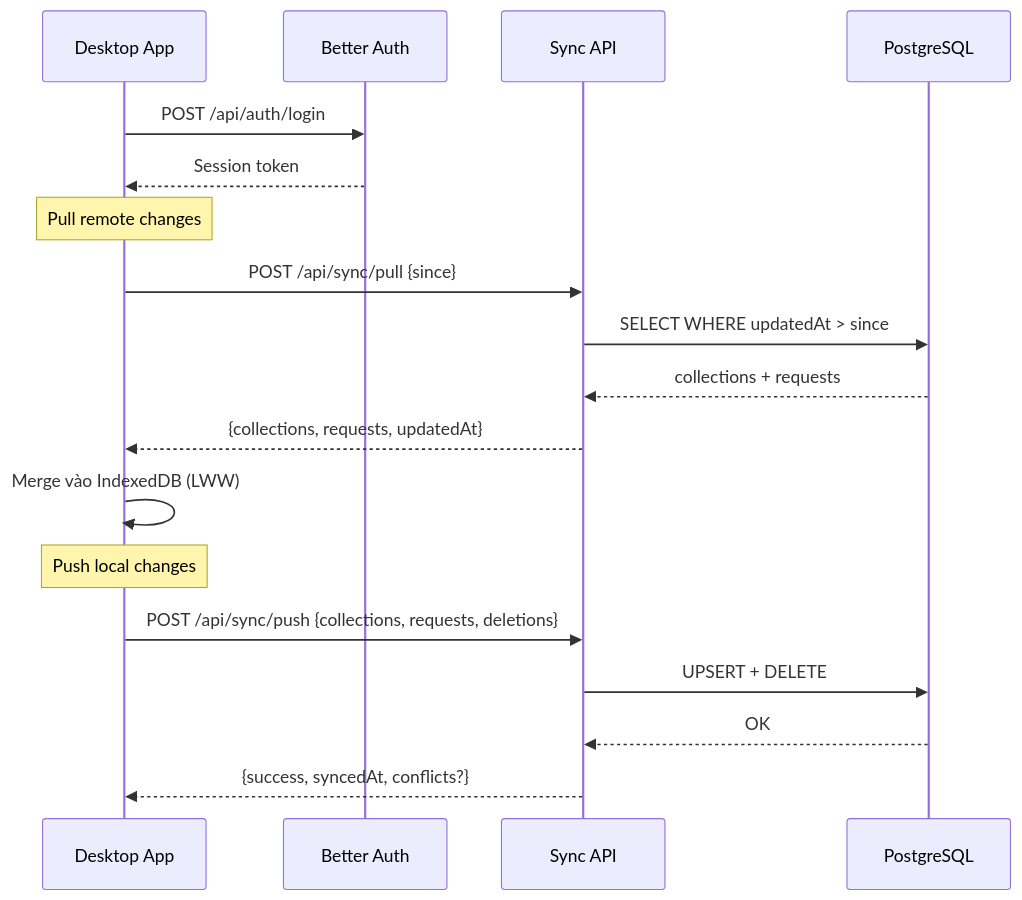
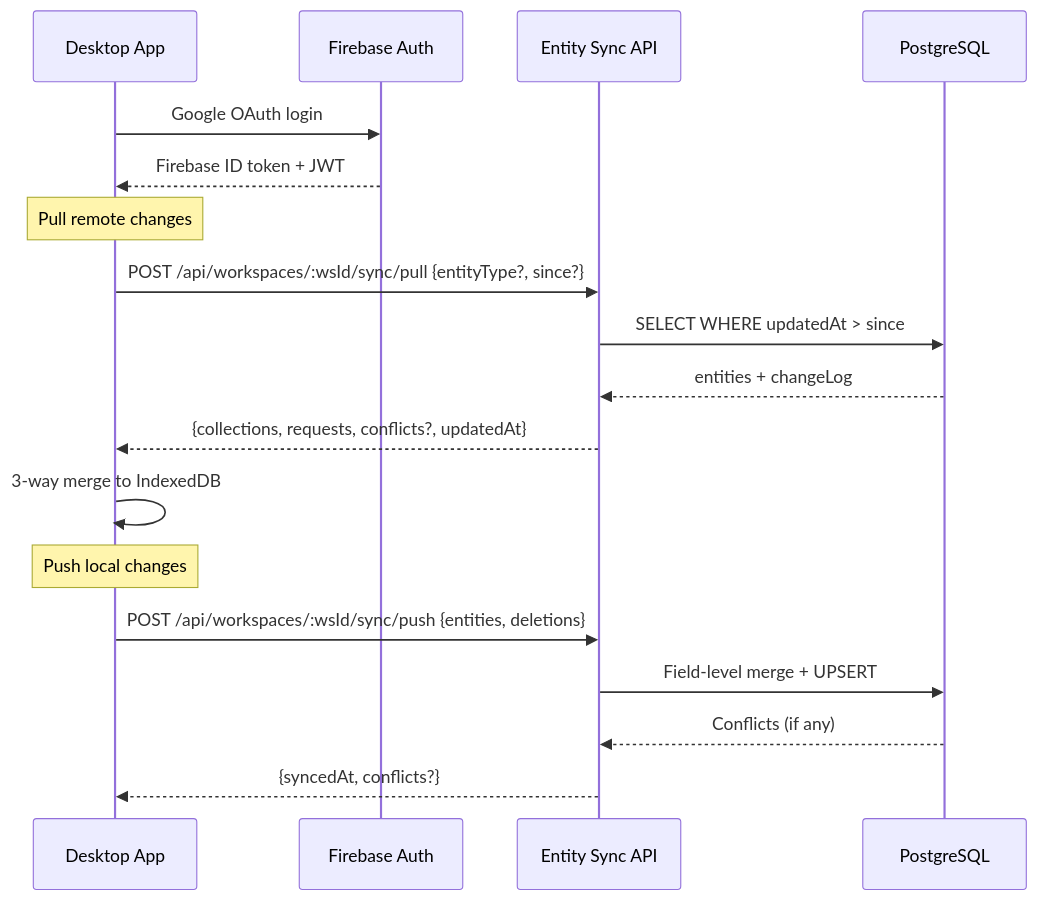
The fifth of 8 diagrams in docs/workflow-guide.md (achoo254/localman), drawn with Mermaid before and after one commit. The commit also changed other lines of this file and 12 other files, not shown here.

````diff
--- a/docs/workflow-guide.md
+++ b/docs/workflow-guide.md
@@ -113,23 +113,23 @@
 ```mermaid
 sequenceDiagram
     participant App as Desktop App
-    participant Auth as Better Auth
-    participant Sync as Sync API
+    participant Auth as Firebase Auth
+    participant Sync as Entity Sync API
     participant DB as PostgreSQL
 
-    App->>Auth: POST /api/auth/login
-    Auth-->>App: Session token
+    App->>Auth: Google OAuth login
+    Auth-->>App: Firebase ID token + JWT
 
     Note over App: Pull remote changes
-    App->>Sync: POST /api/sync/pull {since}
+    App->>Sync: POST /api/workspaces/:wsId/sync/pull {entityType?, since?}
     Sync->>DB: SELECT WHERE updatedAt > since
-    DB-->>Sync: collections + requests
-    Sync-->>App: {collections, requests, updatedAt}
-    App->>App: Merge vào IndexedDB (LWW)
+    DB-->>Sync: entities + changeLog
+    Sync-->>App: {collections, requests, conflicts?, updatedAt}
+    App->>App: 3-way merge to IndexedDB
 
     Note over App: Push local changes
-    App->>Sync: POST /api/sync/push {collections, requests, deletions}
-    Sync->>DB: UPSERT + DELETE
-    DB-->>Sync: OK
-    Sync-->>App: {success, syncedAt, conflicts?}
+    App->>Sync: POST /api/workspaces/:wsId/sync/push {entities, deletions}
+    Sync->>DB: Field-level merge + UPSERT
+    DB-->>Sync: Conflicts (if any)
+    Sync-->>App: {syncedAt, conflicts?}
 ```
````
